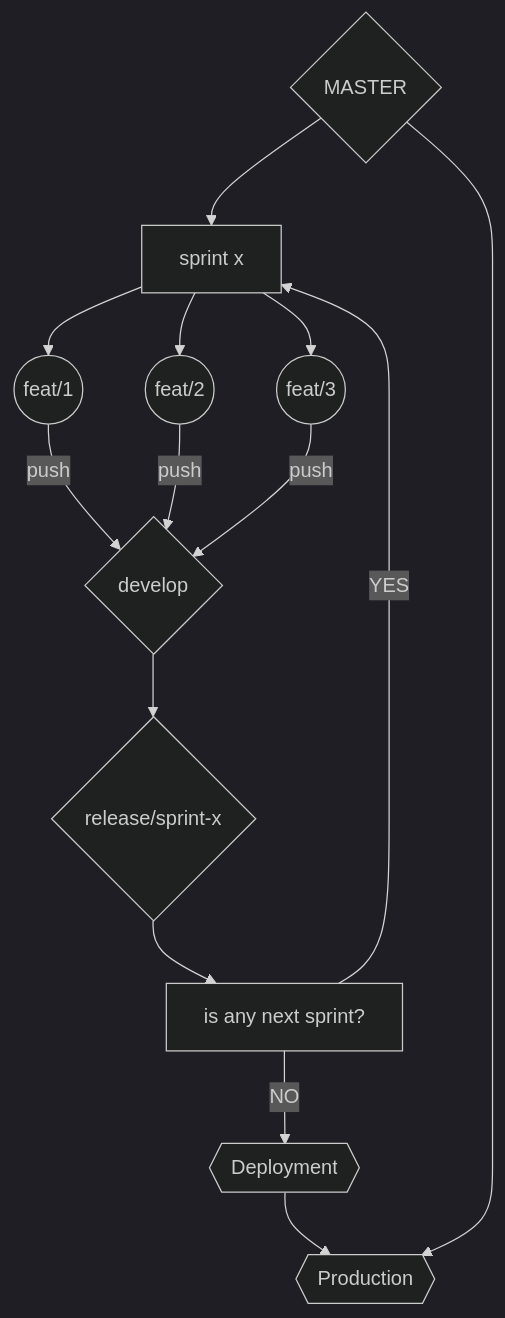
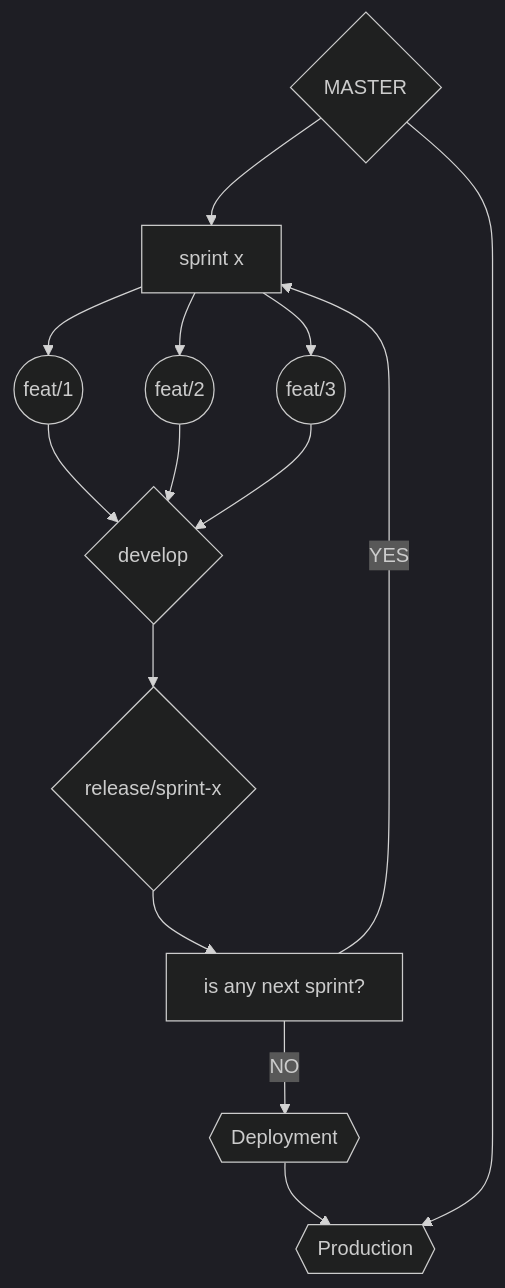
One commit to usaidaka/GIT_notes changed the diagram in README.md. Above: the diagram before and after it, drawn with Mermaid (dark theme).

````diff
--- a/README.md
+++ b/README.md
@@ -82,18 +82,18 @@
 ```mermaid
   graph TD;
 	  0{MASTER} --> A
       A[sprint x]-->B((feat/1));
       A-->C((feat/2));
       A --> D((feat/3))
-      B-- push-->E{develop};
-      C-- push -->E;
-      D-- push --> E
+      B-->E{develop};
+      C -->E;
+      D --> E
       E --> F{release/sprint-x}
       F --> G[is any next sprint?]
       G --YES --> A
 	  G -- NO --> H{{Deployment}}
 	  H --> I{{Production}}
 	  0 --> I
 
 
 ```
````
